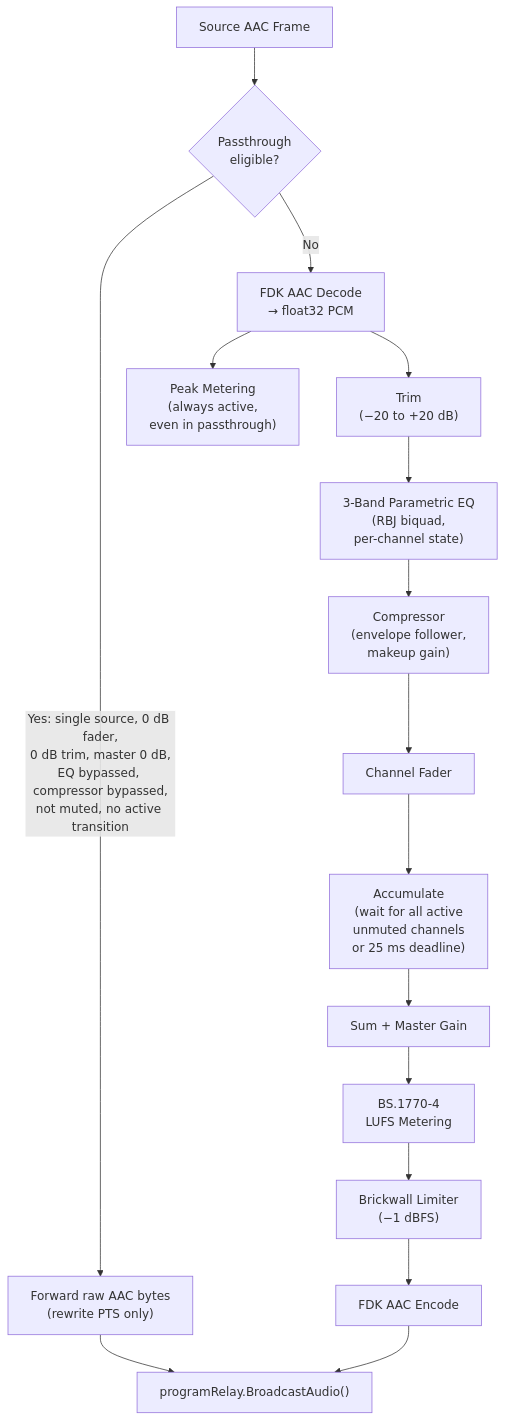
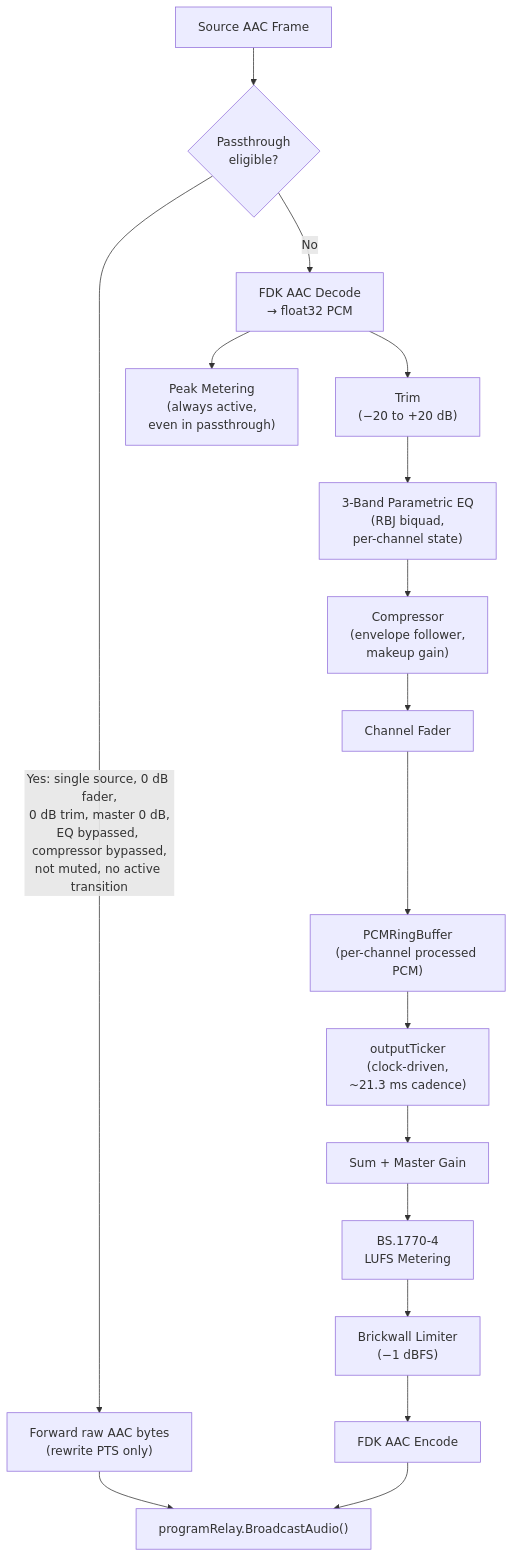
The ninth of 18 diagrams in docs/architecture.md (zsiec/switchframe), drawn with Mermaid before and after one commit. The commit also changed other lines of this file and 4 other files, not shown here.

````diff
--- a/docs/architecture.md
+++ b/docs/architecture.md
@@ -299,22 +300,23 @@
 ```mermaid
 flowchart TD
     AAC["Source AAC Frame"]
     AAC --> Check{"Passthrough<br/>eligible?"}
 
     Check -->|"Yes: single source, 0 dB fader,<br/>0 dB trim, master 0 dB,<br/>EQ bypassed, compressor bypassed,<br/>not muted, no active transition"| PT["Forward raw AAC bytes<br/>(rewrite PTS only)"]
     PT --> Out["programRelay.BroadcastAudio()"]
 
     Check -->|No| Decode["FDK AAC Decode<br/>→ float32 PCM"]
     Decode --> Trim["Trim<br/>(−20 to +20 dB)"]
     Trim --> EQ["3-Band Parametric EQ<br/>(RBJ biquad,<br/>per-channel state)"]
     EQ --> Comp["Compressor<br/>(envelope follower,<br/>makeup gain)"]
     Comp --> Fader["Channel Fader"]
-    Fader --> Accum["Accumulate<br/>(wait for all active<br/>unmuted channels<br/>or 25 ms deadline)"]
-    Accum --> Sum["Sum + Master Gain"]
+    Fader --> Ring["PCMRingBuffer<br/>(per-channel processed PCM)"]
+    Ring --> Tick["outputTicker<br/>(clock-driven,<br/>~21.3 ms cadence)"]
+    Tick --> Sum["Sum + Master Gain"]
     Sum --> LUFS["BS.1770-4<br/>LUFS Metering"]
     LUFS --> Lim["Brickwall Limiter<br/>(−1 dBFS)"]
     Lim --> Enc["FDK AAC Encode"]
     Enc --> Out
 
     Decode --> Meter["Peak Metering<br/>(always active,<br/>even in passthrough)"]
 ```
````
